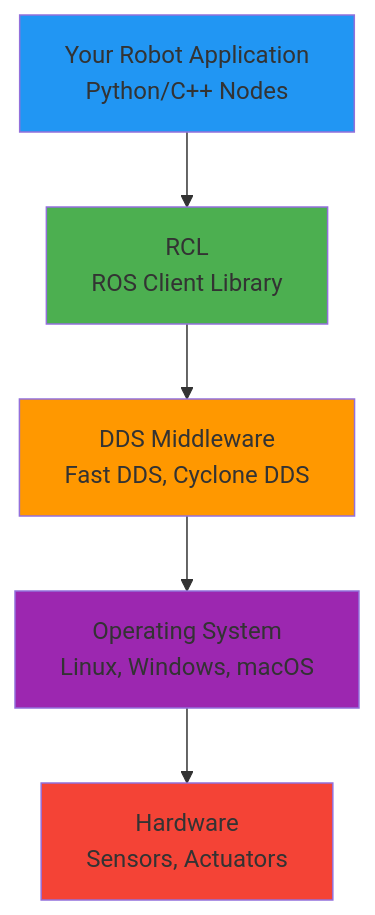
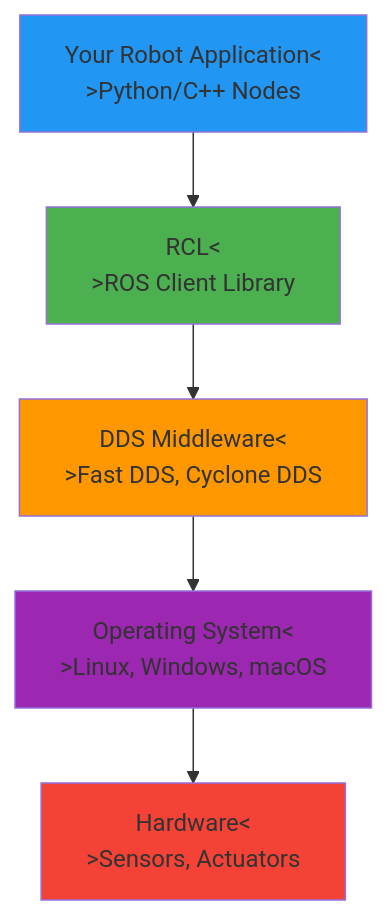
The fourth of 6 diagrams in docs/module-1-ros2/week-1/chapter-1-intro.mdx (hibasheikh90/hackathon_book), drawn with Mermaid before and after one commit. The commit also changed other lines of this file and 19 other files, not shown here.

````diff
--- a/docs/module-1-ros2/week-1/chapter-1-intro.mdx
+++ b/docs/module-1-ros2/week-1/chapter-1-intro.mdx
@@ -140,13 +141,13 @@
 ```mermaid
 graph TB
-    A[Your Robot Application<br/>Python/C++ Nodes] --> B[RCL<br/>ROS Client Library]
-    B --> C[DDS Middleware<br/>Fast DDS, Cyclone DDS]
-    C --> D[Operating System<br/>Linux, Windows, macOS]
-    D --> E[Hardware<br/>Sensors, Actuators]
+    A[Your Robot Application<\n>Python/C++ Nodes] --> B[RCL<\n>ROS Client Library]
+    B --> C[DDS Middleware<\n>Fast DDS, Cyclone DDS]
+    C --> D[Operating System<\n>Linux, Windows, macOS]
+    D --> E[Hardware<\n>Sensors, Actuators]
 
     style A fill:#2196F3
     style B fill:#4CAF50
     style C fill:#FF9800
     style D fill:#9C27B0
     style E fill:#F44336
 ```
````
